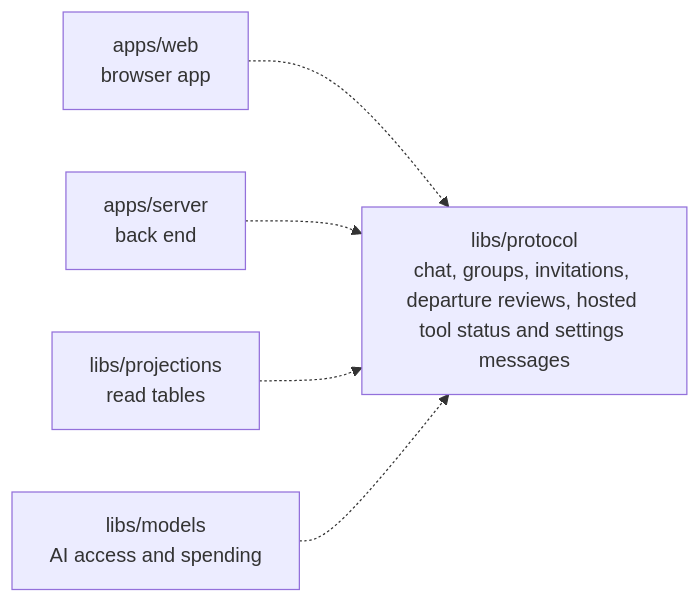
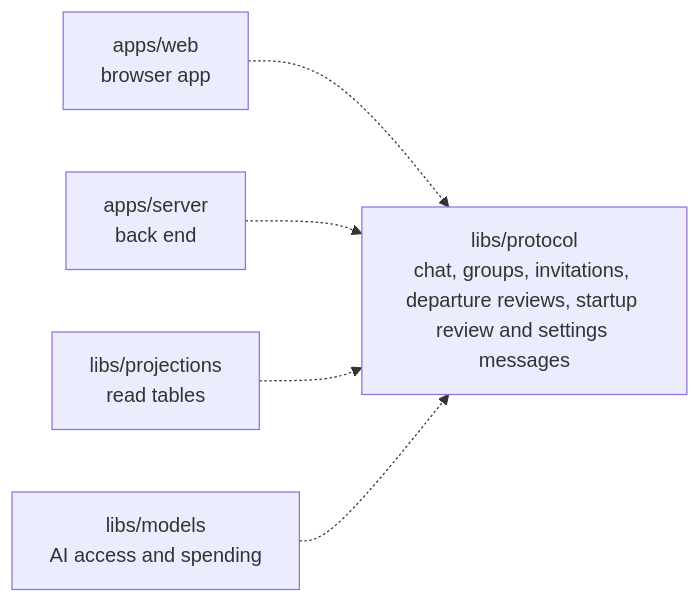
Before and after one commit to elewa-git/opencrane-new: the diagram in libs/protocol/README.md, drawn with Mermaid. The commit also changed other lines of this file and 15 other files, not shown here.

````diff
--- a/libs/protocol/README.md
+++ b/libs/protocol/README.md
@@ -11,7 +11,7 @@
 ```mermaid
 flowchart LR
-  web["apps/web<br/>browser app"] -.-> protocol["libs/protocol<br/>chat, groups, invitations, departure reviews, hosted tool status and settings messages"]
+  web["apps/web<br/>browser app"] -.-> protocol["libs/protocol<br/>chat, groups, invitations, departure reviews, startup review and settings messages"]
   server["apps/server<br/>back end"] -.-> protocol
   projections["libs/projections<br/>read tables"] -.-> protocol
   models["libs/models<br/>AI access and spending"] -.-> protocol
 ```
````
